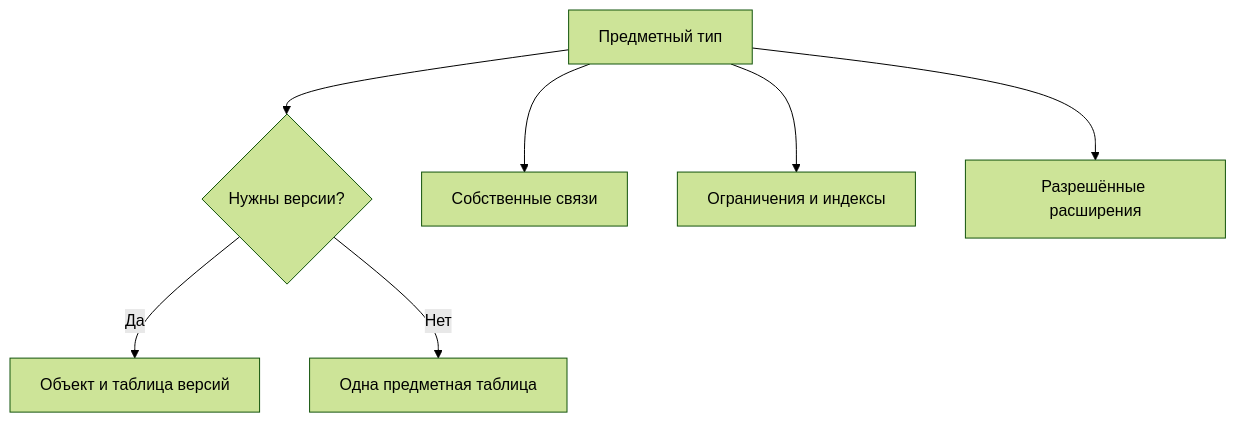
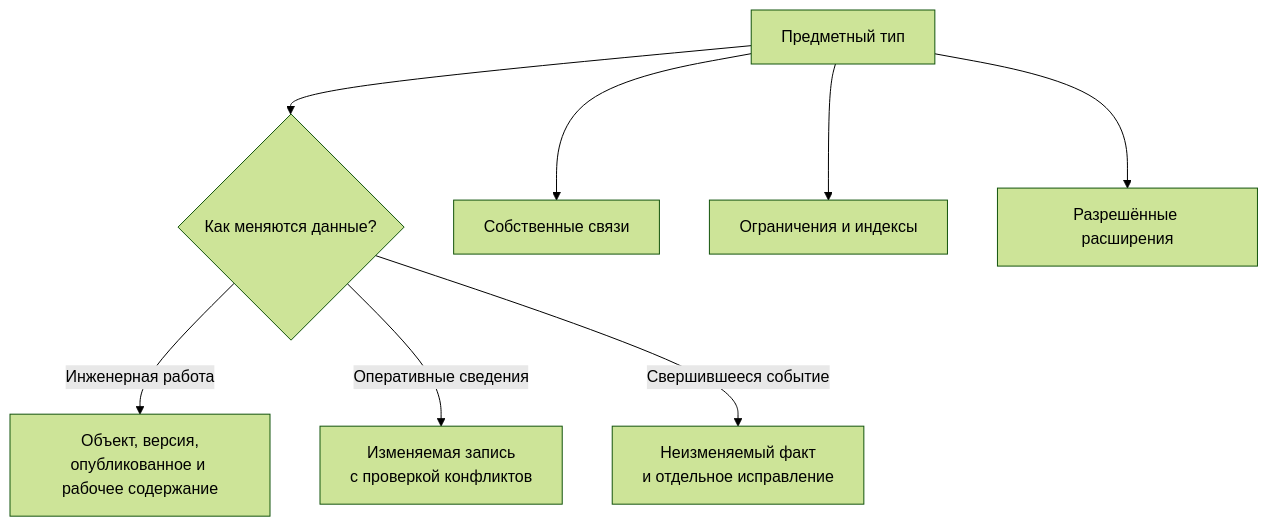
Before and after one commit to ZelAnton/Interlink-product-book: the diagram in wiki/Object-model-and-data.md, drawn with Mermaid (forest theme). The commit also changed other lines of this file and 231 other files, not shown here.

````diff
--- a/wiki/Object-model-and-data.md
+++ b/wiki/Object-model-and-data.md
@@ -39,9 +41,10 @@
 ```mermaid
 flowchart TD
-    A["Предметный тип"] --> B{"Нужны версии?"}
-    B -->|"Да"| C["Объект и таблица версий"]
-    B -->|"Нет"| D["Одна предметная таблица"]
+    A["Предметный тип"] --> B{"Как меняются данные?"}
+    B -->|"Инженерная работа"| C["Объект, версия,<br/>опубликованное и рабочее содержание"]
+    B -->|"Оперативные сведения"| D["Изменяемая запись<br/>с проверкой конфликтов"]
+    B -->|"Свершившееся событие"| H["Неизменяемый факт<br/>и отдельное исправление"]
     A --> E["Собственные связи"]
     A --> F["Ограничения и индексы"]
     A --> G["Разрешённые расширения"]
 ```
````
